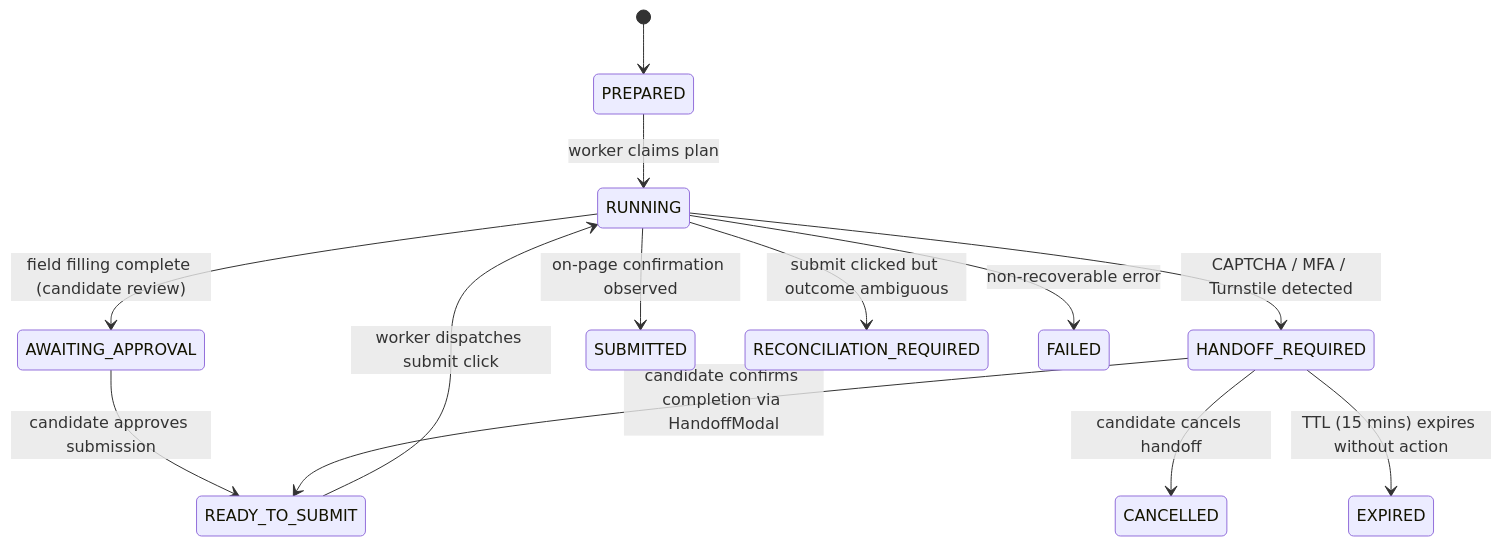
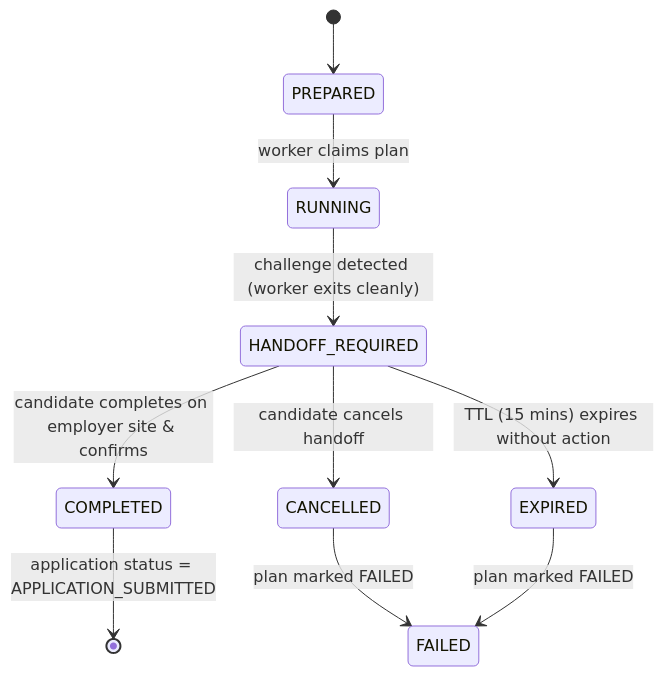
Before and after one commit to kirankumarJADA/job-agent: the diagram in docs/PHASE_3_ATS_HANDOFF_ARCHITECTURE.md, drawn with Mermaid. The commit also changed other lines of this file and 7 other files, not shown here.

Commit message:
feat(ats): implement Option B external human completion for candidate handoff

````diff
--- a/docs/PHASE_3_ATS_HANDOFF_ARCHITECTURE.md
+++ b/docs/PHASE_3_ATS_HANDOFF_ARCHITECTURE.md
@@ -35,17 +79,14 @@
 ```mermaid
 stateDiagram-v2
     [*] --> PREPARED
     PREPARED --> RUNNING: worker claims plan
-    RUNNING --> AWAITING_APPROVAL: field filling complete (candidate review)
-    AWAITING_APPROVAL --> READY_TO_SUBMIT: candidate approves submission
+    RUNNING --> HANDOFF_REQUIRED: challenge detected (worker exits cleanly)
     
-    RUNNING --> HANDOFF_REQUIRED: CAPTCHA / MFA / Turnstile detected
-    HANDOFF_REQUIRED --> READY_TO_SUBMIT: candidate confirms completion via HandoffModal
+    HANDOFF_REQUIRED --> COMPLETED: candidate completes on employer site & confirms
     HANDOFF_REQUIRED --> CANCELLED: candidate cancels handoff
     HANDOFF_REQUIRED --> EXPIRED: TTL (15 mins) expires without action
     
-    READY_TO_SUBMIT --> RUNNING: worker dispatches submit click
-    RUNNING --> SUBMITTED: on-page confirmation observed
-    RUNNING --> RECONCILIATION_REQUIRED: submit clicked but outcome ambiguous
-    RUNNING --> FAILED: non-recoverable error
+    COMPLETED --> [*]: application status = APPLICATION_SUBMITTED
+    CANCELLED --> FAILED: plan marked FAILED
+    EXPIRED --> FAILED: plan marked FAILED
 ```
````
